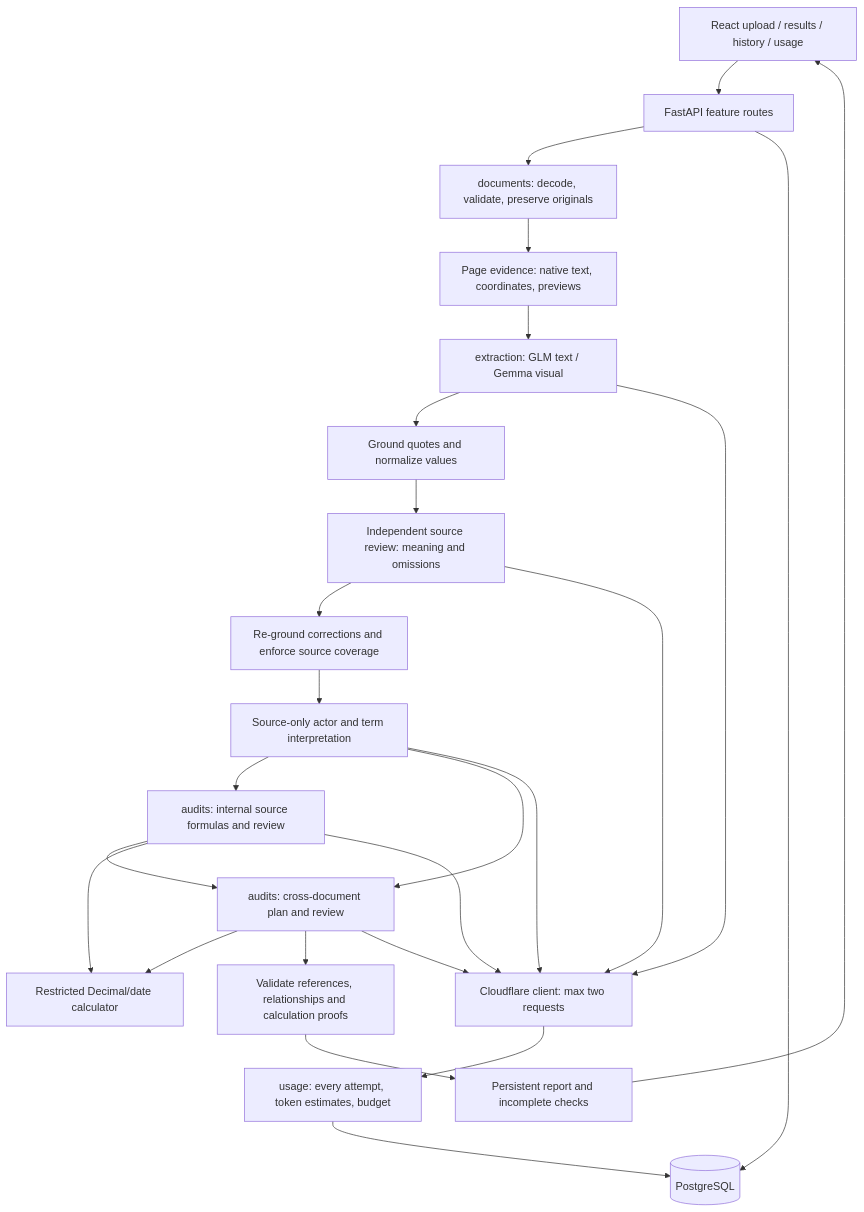
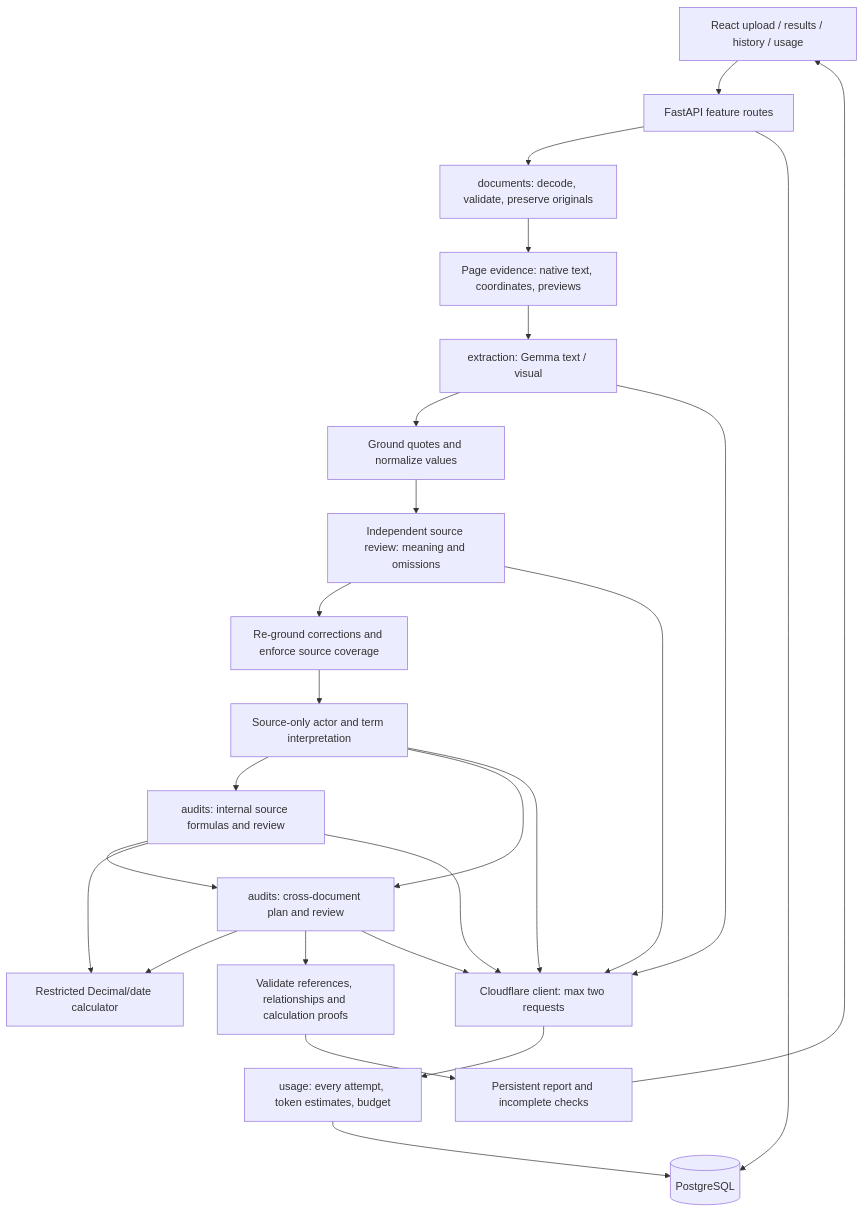
One commit to huycs22/AI_Expense_Audit changed the diagram in WORKFLOW_DESIGN.md. Above: the diagram before and after it, drawn with Mermaid. The commit also changed other lines of this file and 24 other files, not shown here.

````diff
--- a/WORKFLOW_DESIGN.md
+++ b/WORKFLOW_DESIGN.md
@@ -9,27 +9,27 @@
 ```mermaid
 flowchart TD
   UI[React upload / results / history / usage] --> API[FastAPI feature routes]
   API --> Intake[documents: decode, validate, preserve originals]
   Intake --> Pages[Page evidence: native text, coordinates, previews]
-  Pages --> Extraction[extraction: GLM text / Gemma visual]
+  Pages --> Extraction[extraction: Gemma text / visual]
   Extraction --> Ground[Ground quotes and normalize values]
   Ground --> Quality[Independent source review: meaning and omissions]
   Quality --> Coverage[Re-ground corrections and enforce source coverage]
   Coverage --> Semantics[Source-only actor and term interpretation]
   Semantics --> Internal[audits: internal source formulas and review]
   Semantics --> Cross
   Internal --> Cross[audits: cross-document plan and review]
   Internal --> Calc[Restricted Decimal/date calculator]
   Cross --> Calc
   Cross --> Verify[Validate references, relationships and calculation proofs]
   Verify --> Report[Persistent report and incomplete checks]
   Report --> UI
   API --> DB[(PostgreSQL)]
   Extraction --> CF[Cloudflare client: max two requests]
   Quality --> CF
   Semantics --> CF
   Internal --> CF
   Cross --> CF
   CF --> Usage[usage: every attempt, token estimates, budget]
   Usage --> DB
 ```
````
